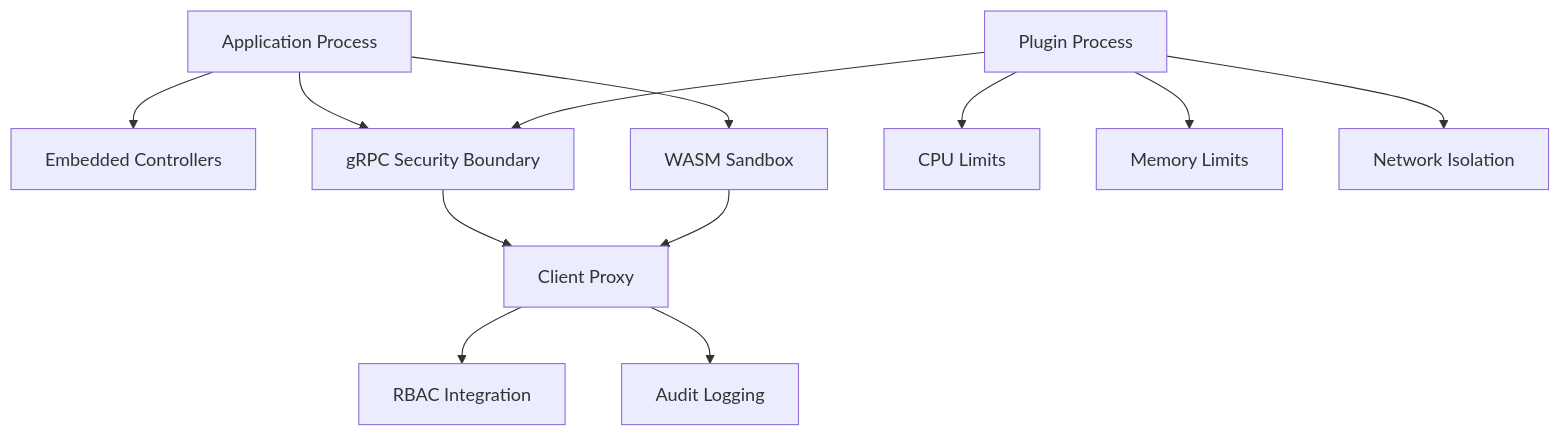
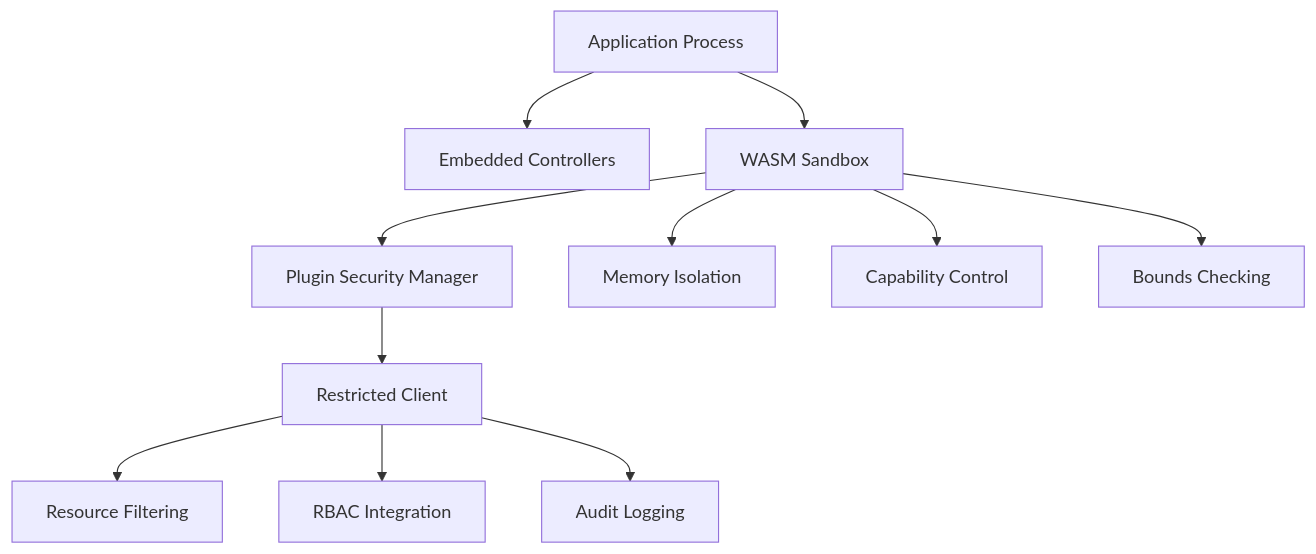
One commit to dtomasi/k1s changed the eighth of 9 diagrams in docs/Controller-Plugin-Architecture.md. Above: the diagram before and after it, drawn with Mermaid. The commit also changed other lines of this file and 6 other files, not shown here.

Commit message:
chore: update architecture docs

````diff
--- a/docs/Controller-Plugin-Architecture.md
+++ b/docs/Controller-Plugin-Architecture.md
@@ -336,17 +390,16 @@
 ```mermaid
 graph TD
     A[Application Process] --> B[Embedded Controllers]
-    A --> C[gRPC Security Boundary]
-    A --> D[WASM Sandbox]
+    A --> C[WASM Sandbox]
     
-    E[Plugin Process] --> C
-    C --> F[Client Proxy]
-    D --> F
+    C --> D[Plugin Security Manager]
+    D --> E[Restricted Client]
     
-    F --> G[RBAC Integration]
-    F --> H[Audit Logging]
+    E --> F[Resource Filtering]
+    E --> G[RBAC Integration]
+    E --> H[Audit Logging]
     
-    E --> I[CPU Limits]
-    E --> J[Memory Limits]
-    E --> K[Network Isolation]
+    C --> I[Memory Isolation]
+    C --> J[Capability Control]
+    C --> K[Bounds Checking]
 ```
````
